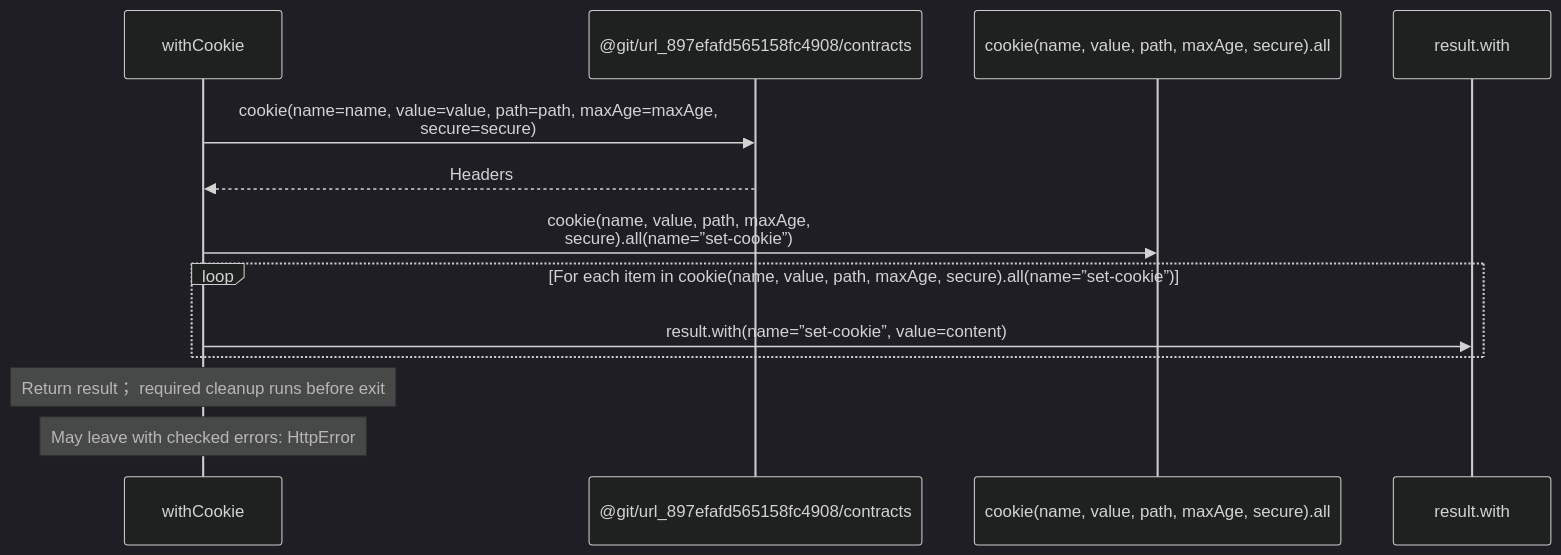
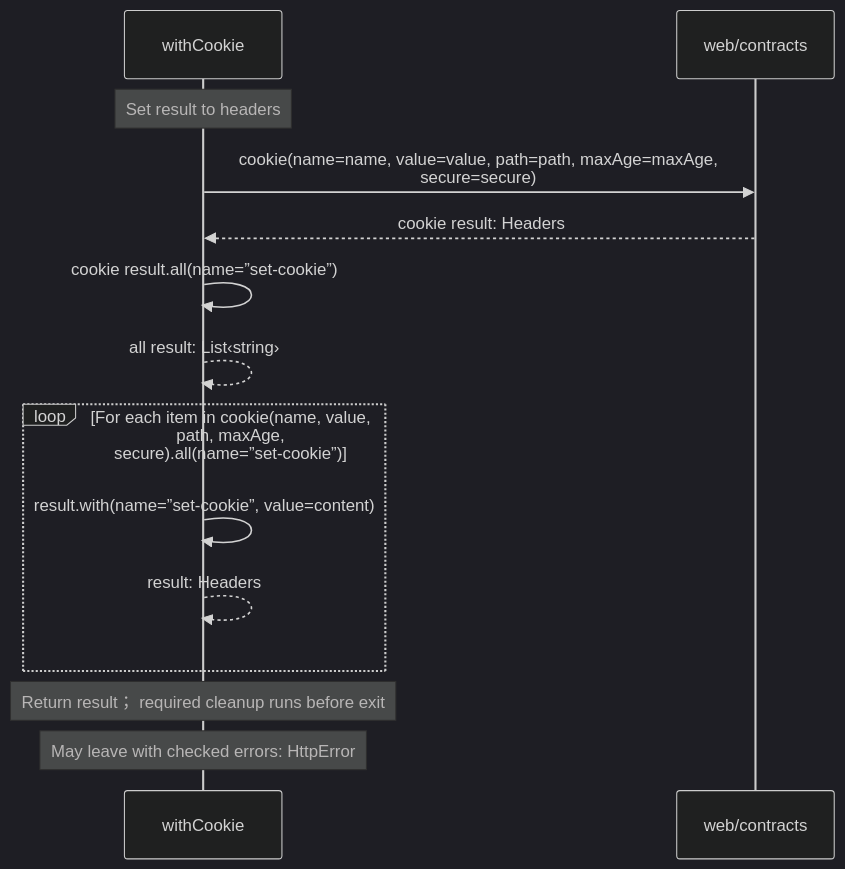
One commit to GreenPandaStudios/augscript changed the second of 2 diagrams in docs/examples/oidc-login/common/headers-diagrams.md. Above: the diagram before and after it, drawn with Mermaid (dark theme). The commit also changed other lines of this file and 304 other files, not shown here.

Commit message:
Make generated data-flow sequences concise and review every diagram

````diff
--- a/docs/examples/oidc-login/common/headers-diagrams.md
+++ b/docs/examples/oidc-login/common/headers-diagrams.md
@@ -64,15 +54,16 @@
 ```mermaid
 sequenceDiagram
     participant p0 as withCookie
-    participant p1 as @git/url_897efafd565158fc4908/contracts
-    participant p2 as cookie(name, value, path, maxAge, secure).all
-    participant p3 as result.with
+    participant p1 as web/contracts
+    Note over p0: Set result to headers
     p0->>p1: cookie(name=name, value=value, path=path, maxAge=maxAge,<br/>secure=secure)
-    p1-->>p0: Headers
-    p0->>p2: cookie(name, value, path, maxAge,<br/>secure).all(name=”set-cookie”)
+    p1-->>p0: cookie result: Headers
+    p0->>p0: cookie result.all(name=”set-cookie”)
+    p0-->>p0: all result: List‹string›
     loop For each item in cookie(name, value, path, maxAge, secure).all(name=”set-cookie”)
-    p0->>p3: result.with(name=”set-cookie”, value=content)
+    p0->>p0: result.with(name=”set-cookie”, value=content)
+    p0-->>p0: result: Headers
     end
     Note over p0: Return result； required cleanup runs before exit
     Note over p0: May leave with checked errors: HttpError
 ```
````
